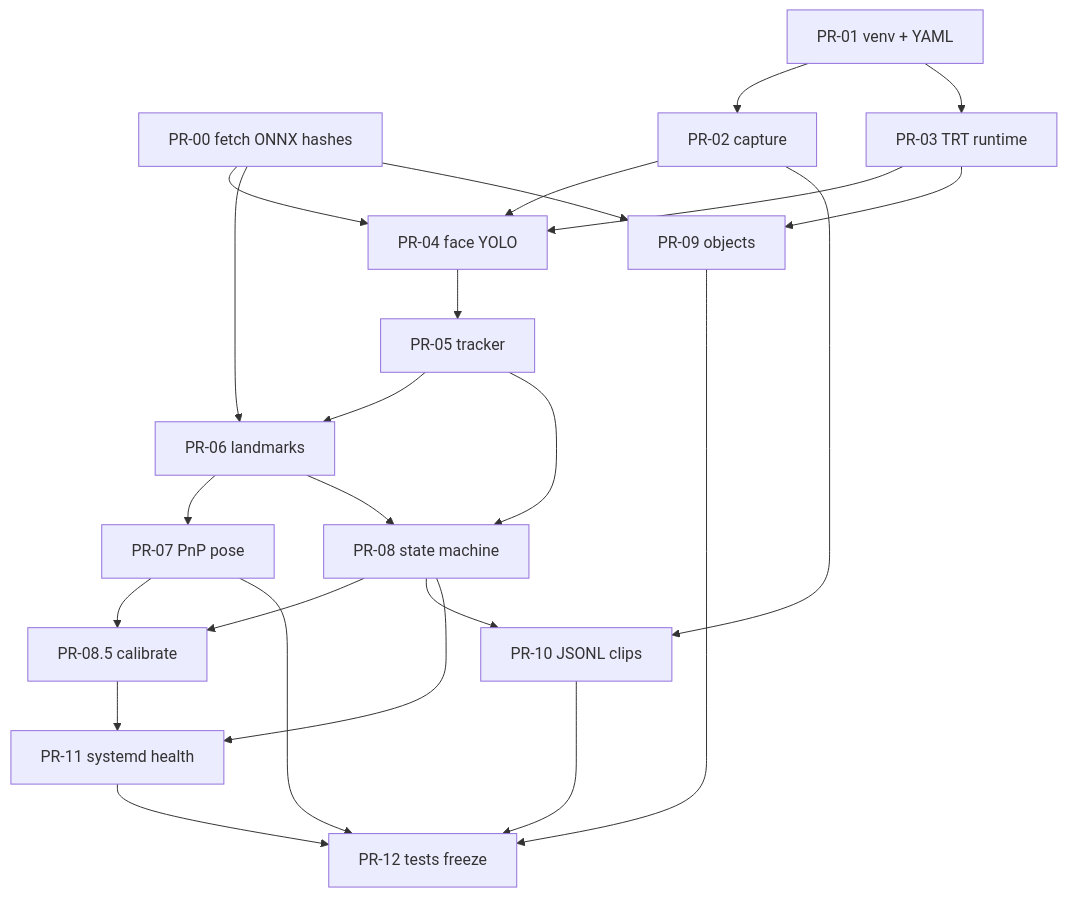
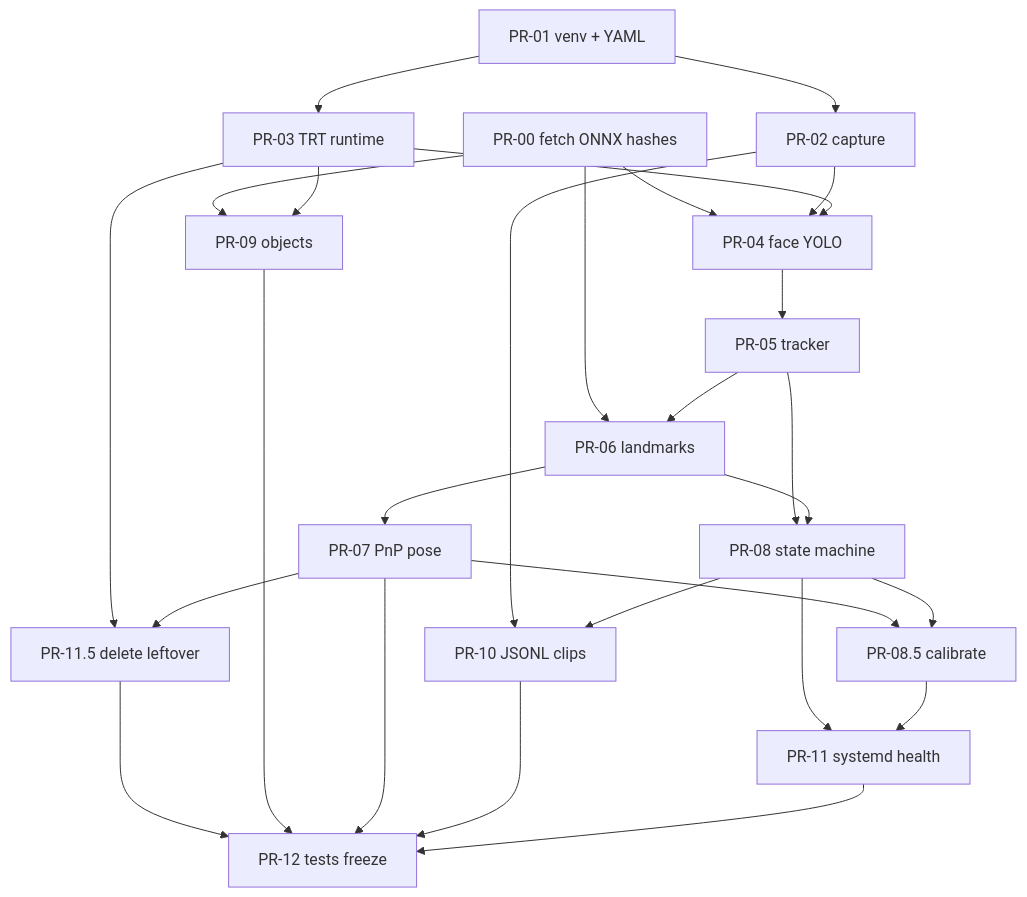
One commit to jakhon37/DMS changed the fifth of 5 diagrams in docs/production-dms-design.md. Above: the diagram before and after it, drawn with Mermaid. The commit also changed other lines of this file, not shown here.

````diff
--- a/docs/production-dms-design.md
+++ b/docs/production-dms-design.md
@@ -1575,40 +1599,44 @@
 ```mermaid
 flowchart TD
   P00[PR-00 fetch ONNX hashes]
   P01[PR-01 venv + YAML]
   P02[PR-02 capture]
   P03[PR-03 TRT runtime]
   P04[PR-04 face YOLO]
   P05[PR-05 tracker]
   P06[PR-06 landmarks]
   P07[PR-07 PnP pose]
   P08[PR-08 state machine]
   P085[PR-08.5 calibrate]
   P09[PR-09 objects]
   P10[PR-10 JSONL clips]
   P11[PR-11 systemd health]
+  P115[PR-11.5 delete leftover]
   P12[PR-12 tests freeze]
   P00 --> P04
   P00 --> P06
   P00 --> P09
   P01 --> P02
   P01 --> P03
   P02 --> P04
   P03 --> P04
   P03 --> P09
   P04 --> P05
   P05 --> P06
   P05 --> P08
   P06 --> P07
   P06 --> P08
   P07 --> P085
   P08 --> P085
   P02 --> P10
   P08 --> P10
   P08 --> P11
   P085 --> P11
+  P03 --> P115
+  P07 --> P115
+  P115 --> P12
   P09 --> P12
   P07 --> P12
   P10 --> P12
   P11 --> P12
 ```
````
